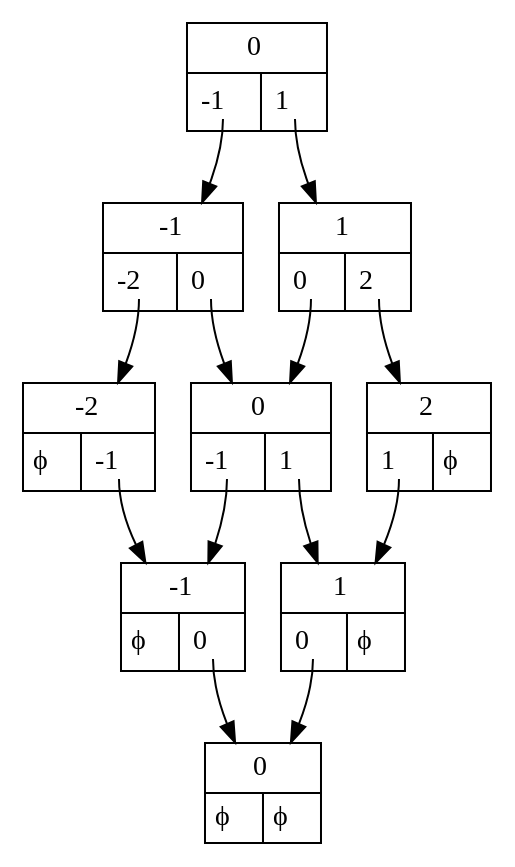
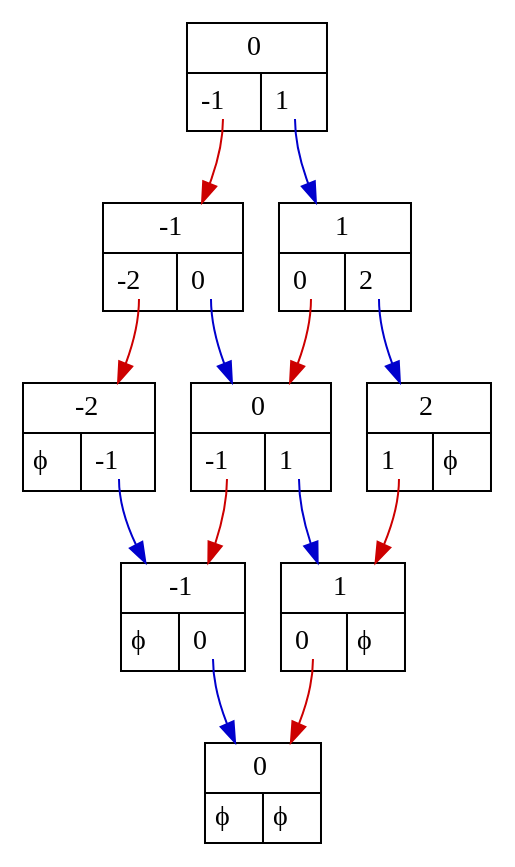
The diagram in examples/Data/subtraction_ex_2.dot (mroughan/SurrealNumbers.jl), drawn with Graphviz before and after one commit. The commit also changed 42 other files, not shown here.

```diff
--- a/examples/Data/subtraction_ex_2.dot
+++ b/examples/Data/subtraction_ex_2.dot
@@ -1,68 +1,68 @@
 digraph "0.0" {
    node_1 [shape=none,margin=0,label=
          <<TABLE BORDER="0" CELLBORDER="1" CELLSPACING="0" CELLPADDING="4">
          <TR><TD COLSPAN="2">0</TD></TR>
          <TR><TD PORT="L"> <TABLE BORDER="0" CELLBORDER="0" CELLPADDING="0"><TR><TD PORT="-1,1"> -1 </TD> &nbsp; </TR></TABLE> </TD><TD PORT="R"> <TABLE BORDER="0" CELLBORDER="0" CELLPADDING="0"><TR><TD PORT="1,1"> 1 </TD> &nbsp; </TR></TABLE> </TD></TR>
          </TABLE>>,
          ];
-   node_1:"-1,1" -> node_2;
+   node_1:"-1,1" -> node_2 [color="red3"];
    node_2 [shape=none,margin=0,label=
          <<TABLE BORDER="0" CELLBORDER="1" CELLSPACING="0" CELLPADDING="4">
          <TR><TD COLSPAN="2">-1</TD></TR>
          <TR><TD PORT="L"> <TABLE BORDER="0" CELLBORDER="0" CELLPADDING="0"><TR><TD PORT="-2,1"> -2 </TD> &nbsp; </TR></TABLE> </TD><TD PORT="R"> <TABLE BORDER="0" CELLBORDER="0" CELLPADDING="0"><TR><TD PORT="0,1"> 0 </TD> &nbsp; </TR></TABLE> </TD></TR>
          </TABLE>>,
          ];
-   node_2:"-2,1" -> node_3;
+   node_2:"-2,1" -> node_3 [color="red3"];
    node_3 [shape=none,margin=0,label=
          <<TABLE BORDER="0" CELLBORDER="1" CELLSPACING="0" CELLPADDING="4">
          <TR><TD COLSPAN="2">-2</TD></TR>
          <TR><TD PORT="L"> ϕ </TD><TD PORT="R"> <TABLE BORDER="0" CELLBORDER="0" CELLPADDING="0"><TR><TD PORT="-1,1"> -1 </TD> &nbsp; </TR></TABLE> </TD></TR>
          </TABLE>>,
          ];
-   node_3:"-1,1" -> node_4;
+   node_3:"-1,1" -> node_4 [color="blue3"];
    node_4 [shape=none,margin=0,label=
          <<TABLE BORDER="0" CELLBORDER="1" CELLSPACING="0" CELLPADDING="4">
          <TR><TD COLSPAN="2">-1</TD></TR>
          <TR><TD PORT="L"> ϕ </TD><TD PORT="R"> <TABLE BORDER="0" CELLBORDER="0" CELLPADDING="0"><TR><TD PORT="0,1"> 0 </TD> &nbsp; </TR></TABLE> </TD></TR>
          </TABLE>>,
          ];
-   node_4:"0,1" -> node_5;
+   node_4:"0,1" -> node_5 [color="blue3"];
    node_5 [shape=none,margin=0,label=
          <<TABLE BORDER="0" CELLBORDER="1" CELLSPACING="0" CELLPADDING="4">
          <TR><TD COLSPAN="2">0</TD></TR>
          <TR><TD PORT="L"> ϕ </TD><TD PORT="R"> ϕ </TD></TR>
          </TABLE>>,
          ];
-   node_2:"0,1" -> node_6;
+   node_2:"0,1" -> node_6 [color="blue3"];
    node_6 [shape=none,margin=0,label=
          <<TABLE BORDER="0" CELLBORDER="1" CELLSPACING="0" CELLPADDING="4">
          <TR><TD COLSPAN="2">0</TD></TR>
          <TR><TD PORT="L"> <TABLE BORDER="0" CELLBORDER="0" CELLPADDING="0"><TR><TD PORT="-1,1"> -1 </TD> &nbsp; </TR></TABLE> </TD><TD PORT="R"> <TABLE BORDER="0" CELLBORDER="0" CELLPADDING="0"><TR><TD PORT="1,1"> 1 </TD> &nbsp; </TR></TABLE> </TD></TR>
          </TABLE>>,
          ];
-   node_6:"-1,1" -> node_4;
-   node_6:"1,1" -> node_7;
+   node_6:"-1,1" -> node_4 [color="red3"];
+   node_6:"1,1" -> node_7 [color="blue3"];
    node_7 [shape=none,margin=0,label=
          <<TABLE BORDER="0" CELLBORDER="1" CELLSPACING="0" CELLPADDING="4">
          <TR><TD COLSPAN="2">1</TD></TR>
          <TR><TD PORT="L"> <TABLE BORDER="0" CELLBORDER="0" CELLPADDING="0"><TR><TD PORT="0,1"> 0 </TD> &nbsp; </TR></TABLE> </TD><TD PORT="R"> ϕ </TD></TR>
          </TABLE>>,
          ];
-   node_7:"0,1" -> node_5;
-   node_1:"1,1" -> node_8;
+   node_7:"0,1" -> node_5 [color="red3"];
+   node_1:"1,1" -> node_8 [color="blue3"];
    node_8 [shape=none,margin=0,label=
          <<TABLE BORDER="0" CELLBORDER="1" CELLSPACING="0" CELLPADDING="4">
          <TR><TD COLSPAN="2">1</TD></TR>
          <TR><TD PORT="L"> <TABLE BORDER="0" CELLBORDER="0" CELLPADDING="0"><TR><TD PORT="0,1"> 0 </TD> &nbsp; </TR></TABLE> </TD><TD PORT="R"> <TABLE BORDER="0" CELLBORDER="0" CELLPADDING="0"><TR><TD PORT="2,1"> 2 </TD> &nbsp; </TR></TABLE> </TD></TR>
          </TABLE>>,
          ];
-   node_8:"0,1" -> node_6;
-   node_8:"2,1" -> node_9;
+   node_8:"0,1" -> node_6 [color="red3"];
+   node_8:"2,1" -> node_9 [color="blue3"];
    node_9 [shape=none,margin=0,label=
          <<TABLE BORDER="0" CELLBORDER="1" CELLSPACING="0" CELLPADDING="4">
          <TR><TD COLSPAN="2">2</TD></TR>
          <TR><TD PORT="L"> <TABLE BORDER="0" CELLBORDER="0" CELLPADDING="0"><TR><TD PORT="1,1"> 1 </TD> &nbsp; </TR></TABLE> </TD><TD PORT="R"> ϕ </TD></TR>
          </TABLE>>,
          ];
-   node_9:"1,1" -> node_7;
+   node_9:"1,1" -> node_7 [color="red3"];
 }
```
